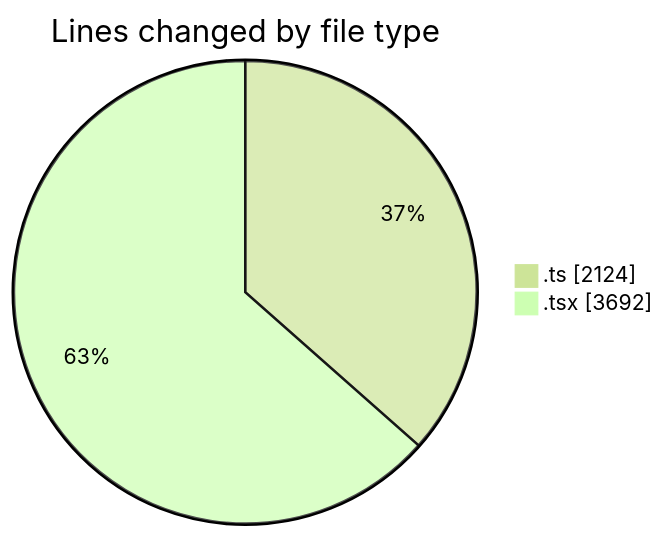
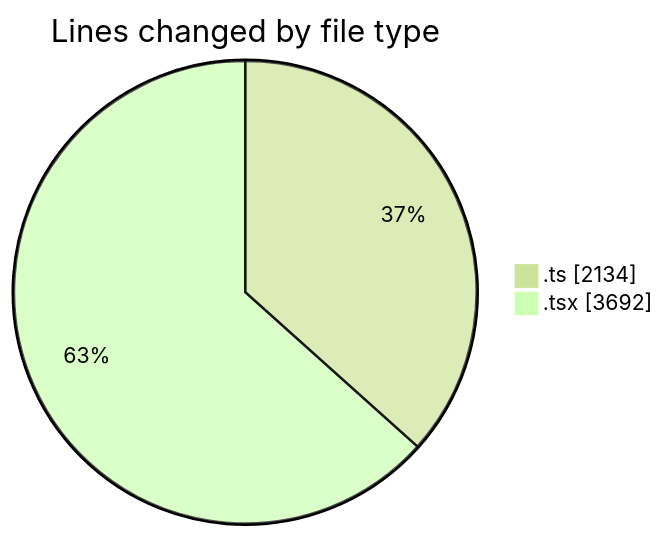
One commit to nxtqubesakshisongat/code-tracking changed the first of 2 diagrams in 2026-05-04/nxtqube_webapp/README.md. Above: the diagram before and after it, drawn with Mermaid (forest theme). The commit also changed other lines of this file and 1 other file, not shown here.

````diff
--- a/2026-05-04/nxtqube_webapp/README.md
+++ b/2026-05-04/nxtqube_webapp/README.md
@@ -30,6 +30,6 @@
 ```mermaid
 pie showData
 title Lines changed by file type
-".ts" : 2124
+".ts" : 2134
 ".tsx" : 3692
 ```
````
